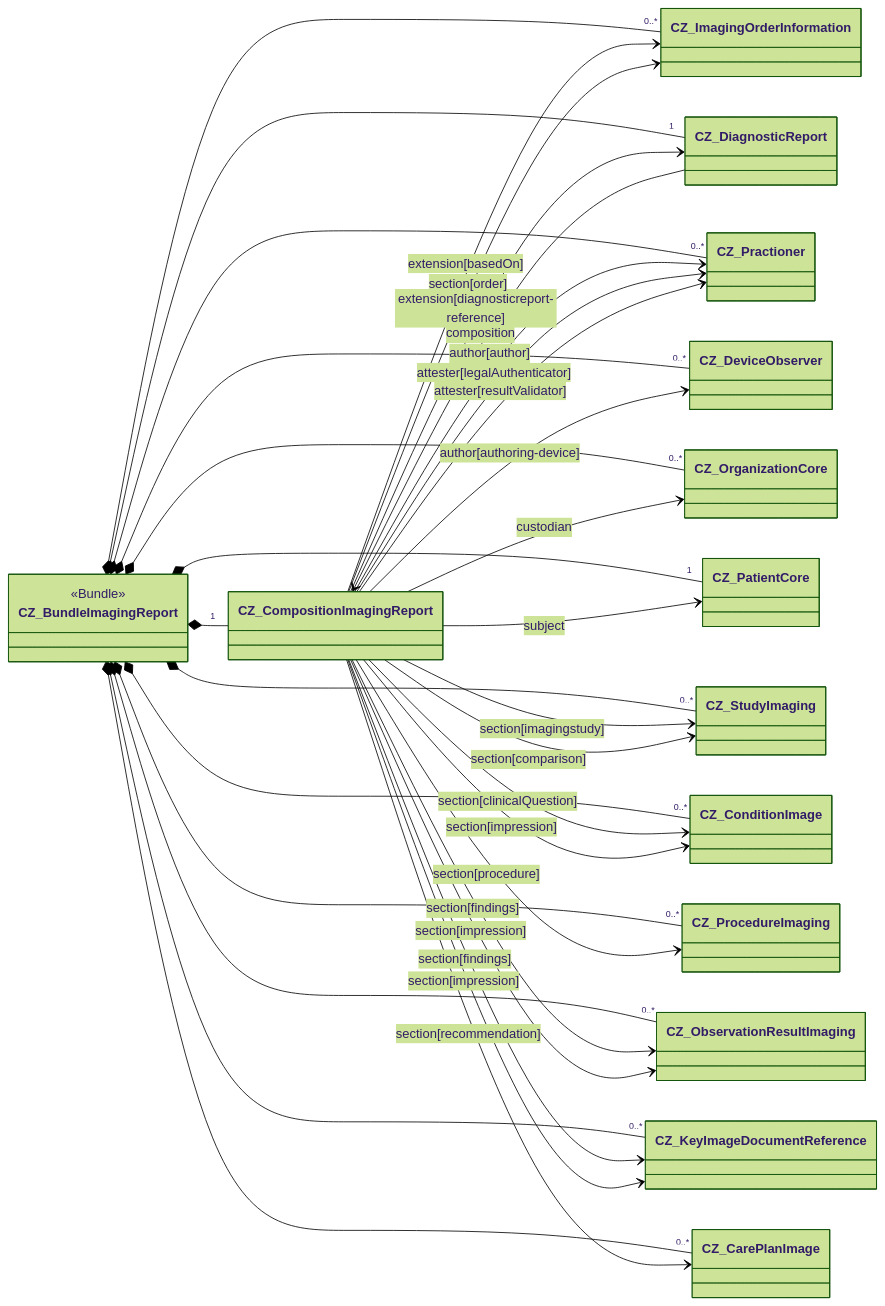
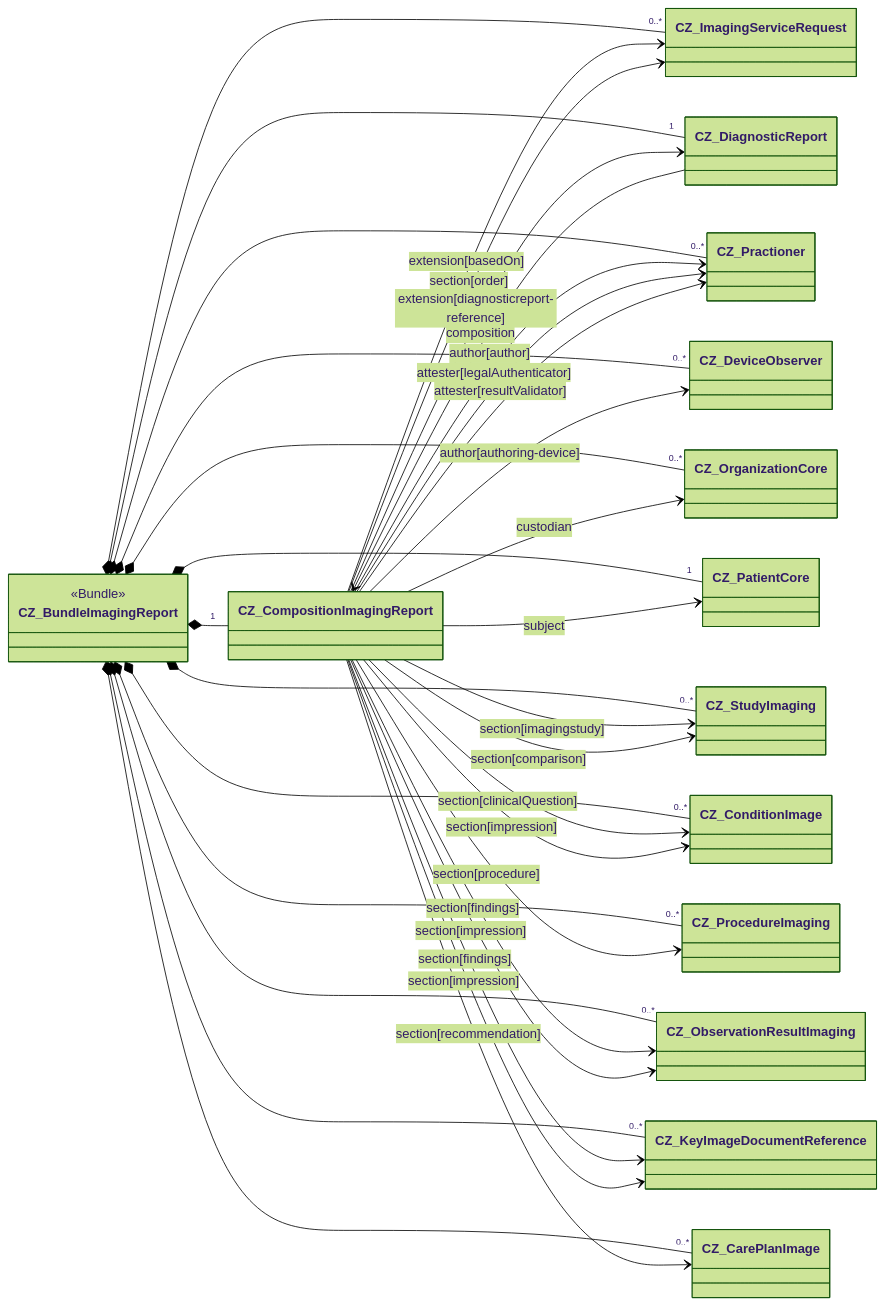
Before and after one commit to HL7-cz/img: the diagram in input/pagecontent/implementation-notes-cs.md, drawn with Mermaid (forest theme). The commit also changed 31 other files, not shown here.

````diff
--- a/input/pagecontent/implementation-notes-cs.md
+++ b/input/pagecontent/implementation-notes-cs.md
@@ -6,44 +6,44 @@
 ```mermaid
 classDiagram
   direction LR
   class CZ_BundleImagingReport{
     <<Bundle>>
   }
   CZ_BundleImagingReport *-- "1" CZ_CompositionImagingReport
   CZ_BundleImagingReport *-- "1" CZ_DiagnosticReport
   CZ_BundleImagingReport *-- "1" CZ_PatientCore
-  CZ_BundleImagingReport *-- "0..*" CZ_ImagingOrderInformation
+  CZ_BundleImagingReport *-- "0..*" CZ_ImagingServiceRequest
   CZ_BundleImagingReport *-- "0..*" CZ_Practioner
   CZ_BundleImagingReport *-- "0..*" CZ_DeviceObserver
   CZ_BundleImagingReport *-- "0..*" CZ_OrganizationCore
   CZ_BundleImagingReport *-- "0..*" CZ_StudyImaging
   CZ_BundleImagingReport *-- "0..*" CZ_ProcedureImaging
   CZ_BundleImagingReport *-- "0..*" CZ_ObservationResultImaging
   CZ_BundleImagingReport *-- "0..*" CZ_KeyImageDocumentReference
   CZ_BundleImagingReport *-- "0..*" CZ_ConditionImage
   CZ_BundleImagingReport *-- "0..*" CZ_CarePlanImage
 
   CZ_DiagnosticReport --> CZ_CompositionImagingReport: composition
   
 
-  CZ_CompositionImagingReport --> CZ_ImagingOrderInformation: extension[basedOn]  
+  CZ_CompositionImagingReport --> CZ_ImagingServiceRequest: extension[basedOn]  
   CZ_CompositionImagingReport --> CZ_DiagnosticReport: extension[diagnosticreport-reference]
   CZ_CompositionImagingReport --> CZ_Practioner: author[author]
   CZ_CompositionImagingReport --> CZ_DeviceObserver: author[authoring-device]
   CZ_CompositionImagingReport --> CZ_Practioner: attester[legalAuthenticator]
   CZ_CompositionImagingReport --> CZ_Practioner: attester[resultValidator]
   CZ_CompositionImagingReport --> CZ_OrganizationCore: custodian
   CZ_CompositionImagingReport --> CZ_PatientCore: subject
   CZ_CompositionImagingReport --> CZ_StudyImaging: section[imagingstudy]
-  CZ_CompositionImagingReport --> CZ_ImagingOrderInformation: section[order]
+  CZ_CompositionImagingReport --> CZ_ImagingServiceRequest: section[order]
   CZ_CompositionImagingReport --> CZ_ConditionImage: section[clinicalQuestion]
   CZ_CompositionImagingReport --> CZ_ProcedureImaging: section[procedure]
   CZ_CompositionImagingReport --> CZ_StudyImaging: section[comparison]
   CZ_CompositionImagingReport --> CZ_ObservationResultImaging: section[findings]
   CZ_CompositionImagingReport --> CZ_KeyImageDocumentReference: section[findings]
   CZ_CompositionImagingReport --> CZ_KeyImageDocumentReference: section[impression]
   CZ_CompositionImagingReport --> CZ_ObservationResultImaging: section[impression]
   CZ_CompositionImagingReport --> CZ_ConditionImage: section[impression]
   CZ_CompositionImagingReport --> CZ_CarePlanImage: section[recommendation]
 
 ```
````
